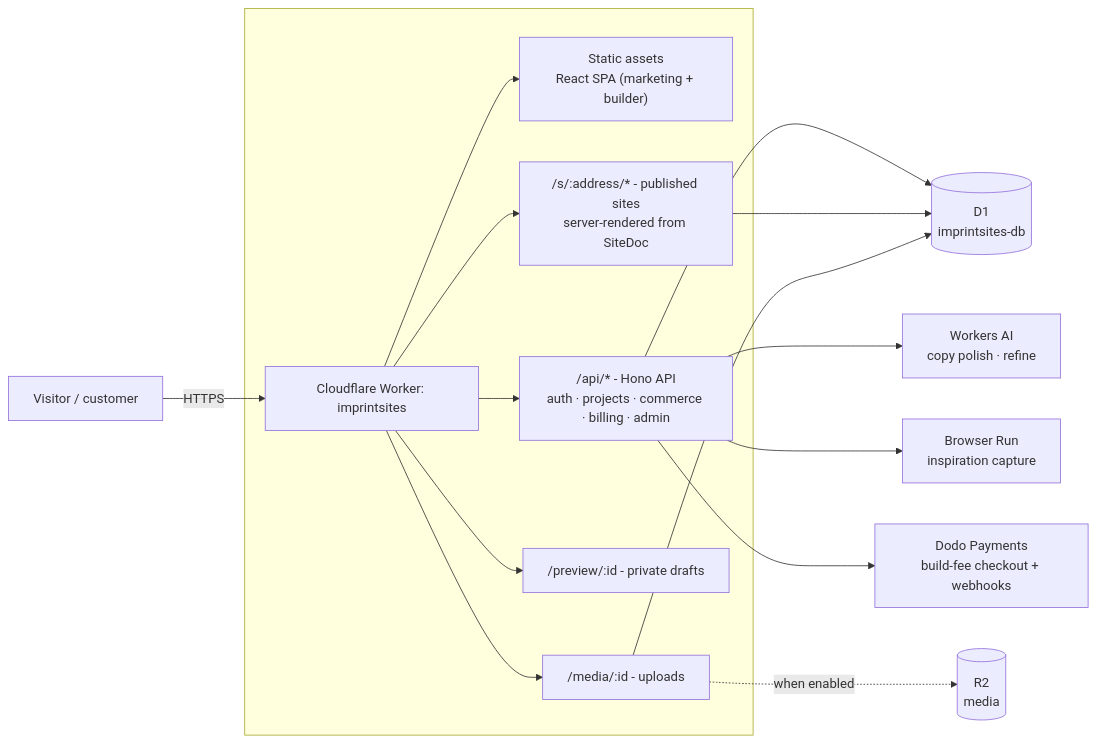
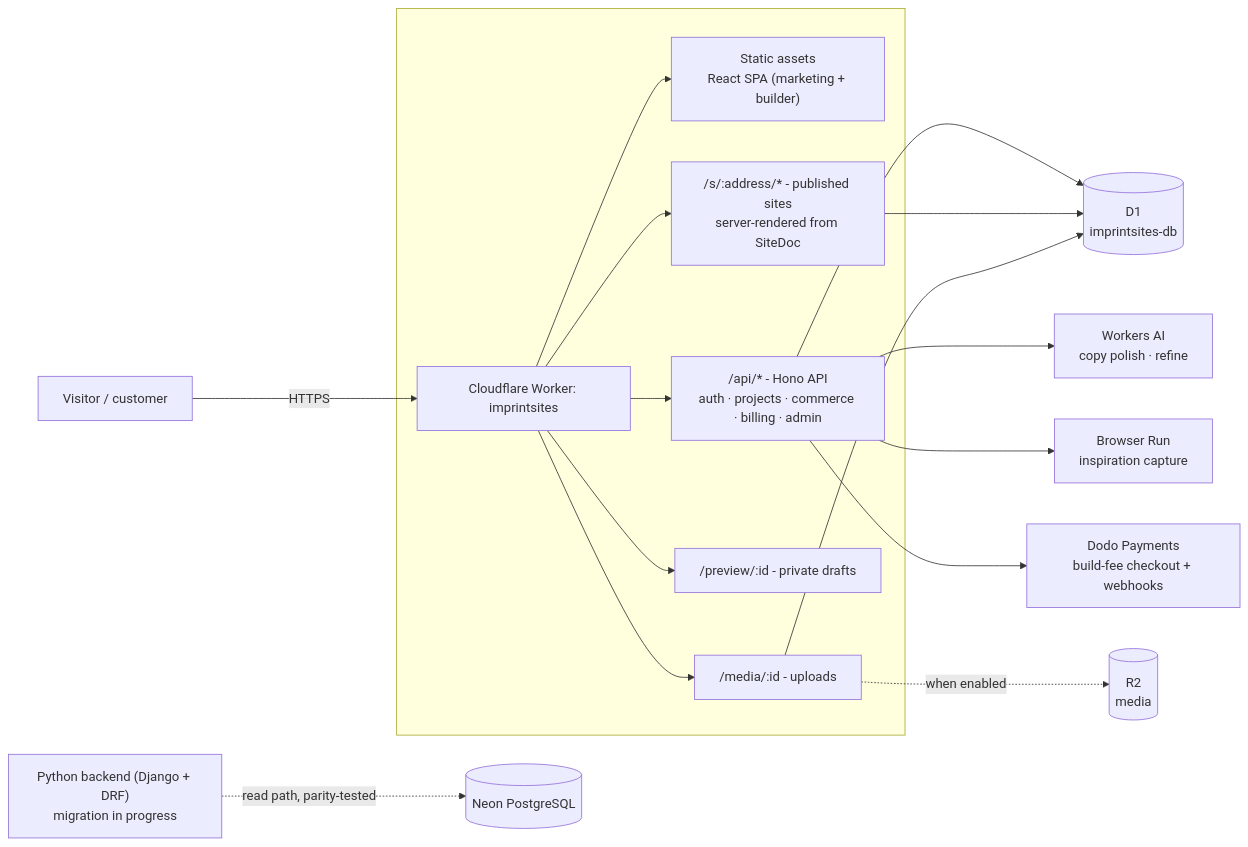
Before and after one commit to Isaac25-lgtm/website-generation: the diagram in README.md, drawn with Mermaid. The commit also changed other lines of this file and 28 other files, not shown here.

````diff
--- a/README.md
+++ b/README.md
@@ -173,18 +176,19 @@
 ```mermaid
 flowchart LR
   V[Visitor / customer] -->|HTTPS| W["Cloudflare Worker: imprintsites"]
   subgraph W_[" "]
     W --> SPA["Static assets<br/>React SPA (marketing + builder)"]
     W --> API["/api/* - Hono API<br/>auth · projects · commerce · billing · admin"]
     W --> SITES["/s/:address/* - published sites<br/>server-rendered from SiteDoc"]
     W --> PREV["/preview/:id - private drafts"]
     W --> MEDIA["/media/:id - uploads"]
   end
   API --> D1[("D1<br/>imprintsites-db")]
   SITES --> D1
   MEDIA --> D1
   MEDIA -.->|when enabled| R2[("R2<br/>media")]
   API --> AI["Workers AI<br/>copy polish · refine"]
   API --> BR["Browser Run<br/>inspiration capture"]
   API --> DODO["Dodo Payments<br/>build-fee checkout + webhooks"]
+  PY["Python backend (Django + DRF)<br/>migration in progress"] -.->|read path, parity-tested| PG[("Neon PostgreSQL")]
 ```
````
